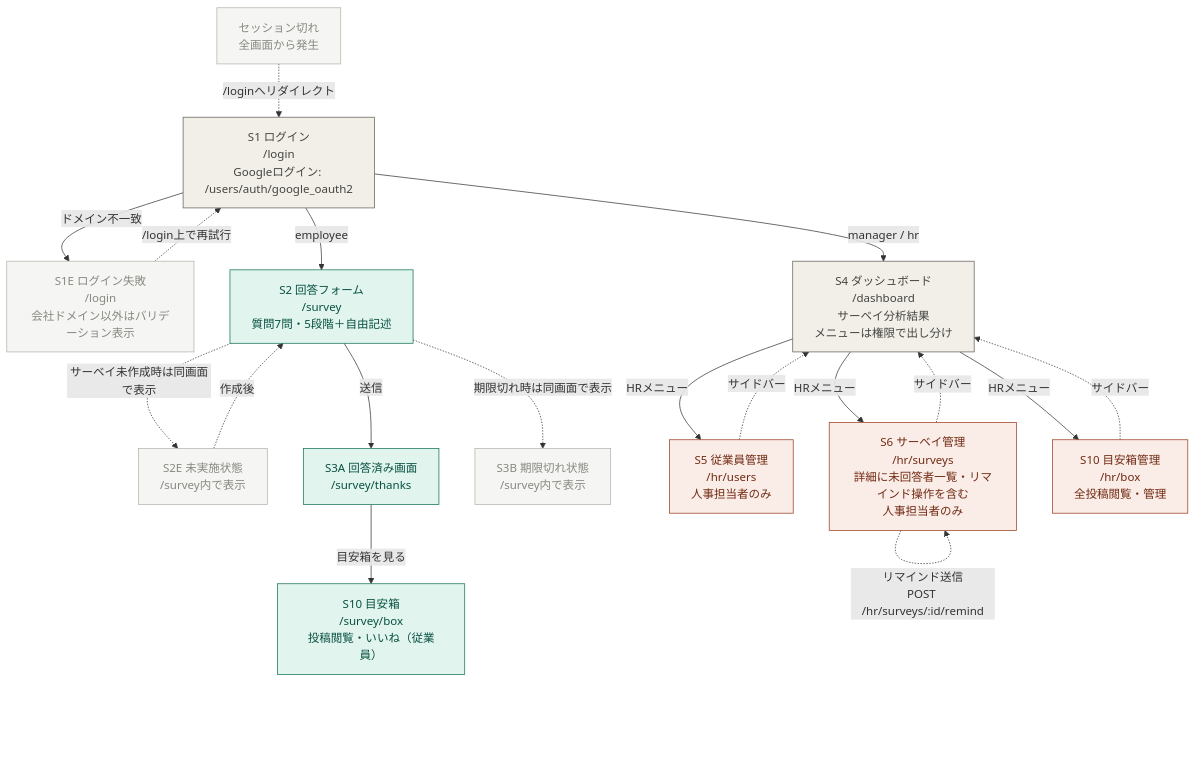
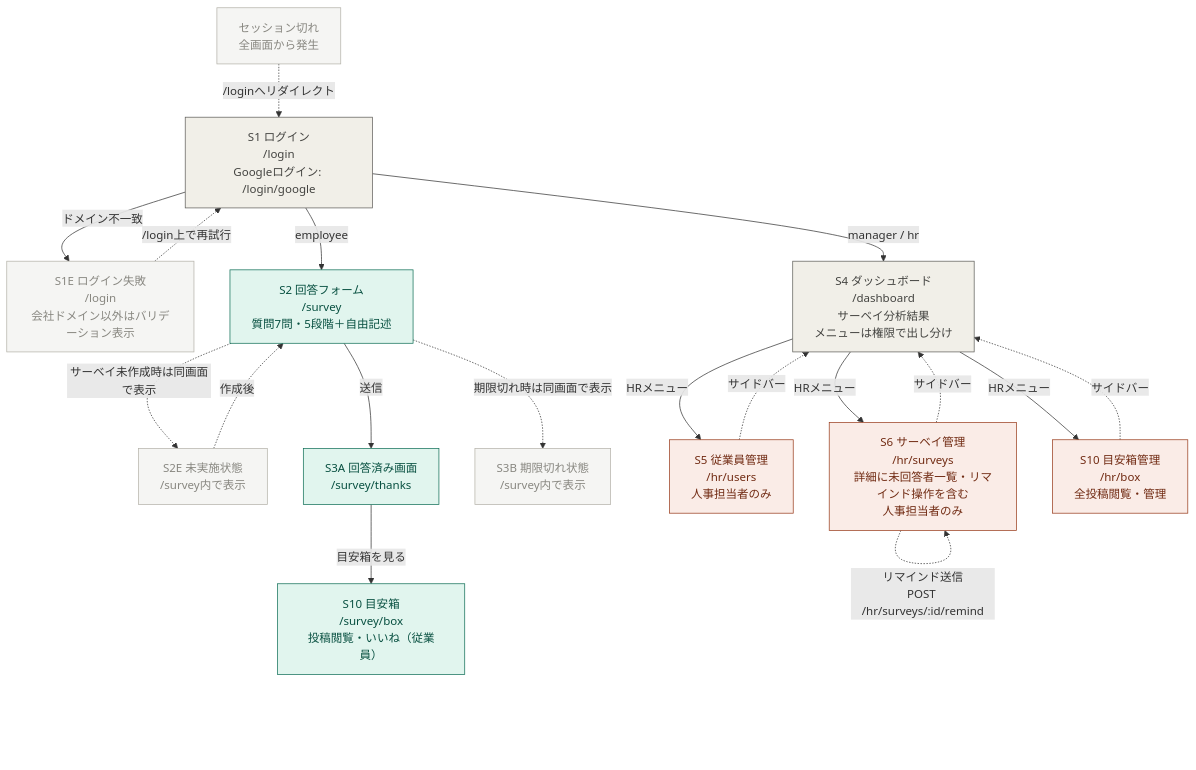
The diagram in docs/design.md (localworks/pulseee), drawn with Mermaid before and after one commit. The commit also changed other lines of this file, not shown here.

````diff
--- a/docs/design.md
+++ b/docs/design.md
@@ -161,44 +162,44 @@
 ```mermaid
 flowchart TD
     classDef common   fill:#F1EFE8,stroke:#5F5E5A,color:#444441
     classDef employee fill:#E1F5EE,stroke:#0F6E56,color:#085041
     classDef manager  fill:#EEEDFE,stroke:#534AB7,color:#26215C
     classDef hr       fill:#FAECE7,stroke:#993C1D,color:#712B13
     classDef error    fill:#F5F5F3,stroke:#B4B2A9,color:#888780
 
-    S1["S1 ログイン\n/login\nGoogleログイン: /users/auth/google_oauth2"]:::common
+    S1["S1 ログイン\n/login\nGoogleログイン: /login/google"]:::common
     S1E["S1E ログイン失敗\n/login\n会社ドメイン以外はバリデーション表示"]:::error
     SX["セッション切れ\n全画面から発生"]:::error
 
     S1 -- ドメイン不一致 --> S1E
     S1E -. /login上で再試行 .-> S1
     SX -. /loginへリダイレクト .-> S1
 
     S1 -- employee --> S2
     S1 -- manager / hr --> S4
 
     S2["S2 回答フォーム\n/survey\n質問7問・5段階＋自由記述"]:::employee
     S2E["S2E 未実施状態\n/survey内で表示"]:::error
     S3A["S3A 回答済み画面\n/survey/thanks"]:::employee
     S3B["S3B 期限切れ状態\n/survey内で表示"]:::error
     S10_EMP["S10 目安箱\n/survey/box\n投稿閲覧・いいね（従業員）"]:::employee
 
     S2 -. サーベイ未作成時は同画面で表示 .-> S2E
     S2E -. 作成後 .-> S2
     S2 -- 送信 --> S3A
     S2 -. 期限切れ時は同画面で表示 .-> S3B
     S3A -- 目安箱を見る --> S10_EMP
 
     S4["S4 ダッシュボード\n/dashboard\nサーベイ分析結果\nメニューは権限で出し分け"]:::common
     S5["S5 従業員管理\n/hr/users\n人事担当者のみ"]:::hr
     S6["S6 サーベイ管理\n/hr/surveys\n詳細に未回答者一覧・リマインド操作を含む\n人事担当者のみ"]:::hr
     S10_HR["S10 目安箱管理\n/hr/box\n全投稿閲覧・管理"]:::hr
 
     S4 -- HRメニュー --> S5
     S4 -- HRメニュー --> S6
     S4 -- HRメニュー --> S10_HR
     S6 -. リマインド送信\nPOST /hr/surveys/:id/remind .-> S6
     S5 -. サイドバー .-> S4
     S6 -. サイドバー .-> S4
     S10_HR -. サイドバー .-> S4
 ```
````
